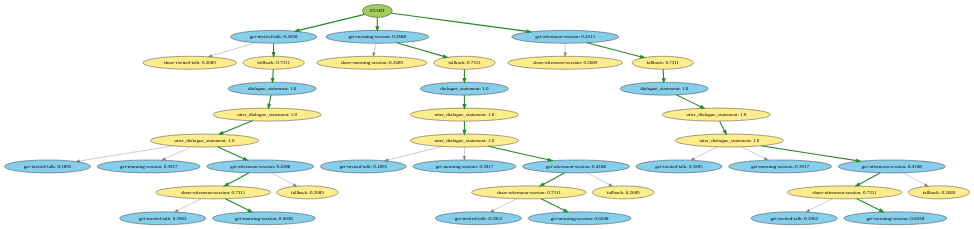
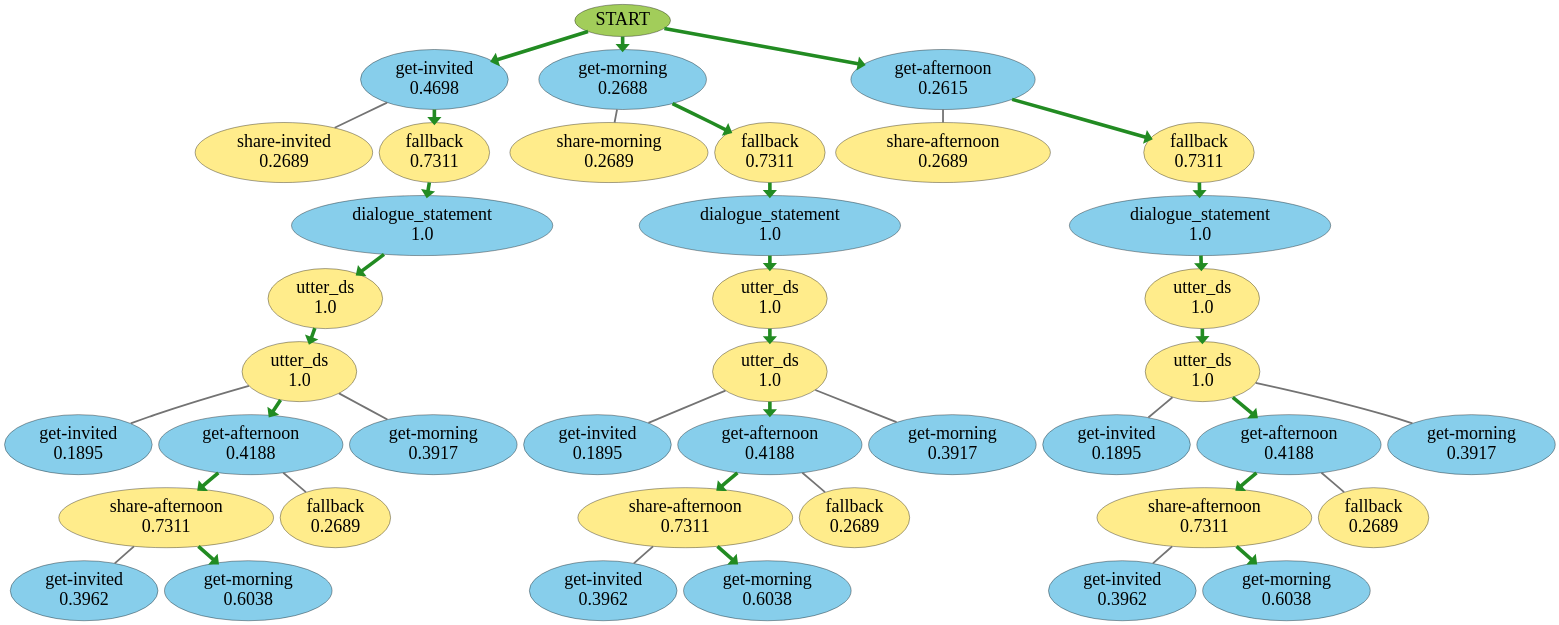
The diagram in icaps_crash.gv (IBM/contingent-plan-executor), drawn with Graphviz before and after one commit. The commit also changed 9 other files, not shown here.

Commit message:
update utter_dialogue_statement to utter_ds

```diff
--- a/icaps_crash.gv
+++ b/icaps_crash.gv
@@ -1,105 +1,144 @@
 strict digraph {
-	0 [label=START fillcolor=darkolivegreen3 style=filled]
-	1 [label="get-invited-talk: 0.4698" fillcolor=skyblue style=filled]
-	0 -> 1 [color=forestgreen penwidth=3.0 style=dashed]
-	2 [label="get-morning-session: 0.2688" fillcolor=skyblue style=filled]
-	0 -> 2 [color=forestgreen penwidth=3.0 style=dashed]
-	3 [label="get-afternoon-session: 0.2615" fillcolor=skyblue style=filled]
-	0 -> 3 [color=forestgreen penwidth=3.0 style=dashed]
-	4 [label="share-invited-talk: 0.2689" fillcolor=lightgoldenrod1 style=filled]
-	1 -> 4 [color=grey45 penwidth=1.0 style=solid]
-	5 [label="fallback: 0.7311" fillcolor=lightgoldenrod1 style=filled]
-	1 -> 5 [color=forestgreen penwidth=3.0 style=dashed]
-	6 [label="share-morning-session: 0.2689" fillcolor=lightgoldenrod1 style=filled]
-	2 -> 6 [color=grey45 penwidth=1.0 style=solid]
-	7 [label="fallback: 0.7311" fillcolor=lightgoldenrod1 style=filled]
-	2 -> 7 [color=forestgreen penwidth=3.0 style=dashed]
-	8 [label="share-afternoon-session: 0.2689" fillcolor=lightgoldenrod1 style=filled]
-	3 -> 8 [color=grey45 penwidth=1.0 style=solid]
-	9 [label="fallback: 0.7311" fillcolor=lightgoldenrod1 style=filled]
-	3 -> 9 [color=forestgreen penwidth=3.0 style=dashed]
-	10 [label="dialogue_statement: 1.0" fillcolor=skyblue style=filled]
-	5 -> 10 [color=forestgreen penwidth=3.0 style=dashed]
-	11 [label="dialogue_statement: 1.0" fillcolor=skyblue style=filled]
-	7 -> 11 [color=forestgreen penwidth=3.0 style=dashed]
-	12 [label="dialogue_statement: 1.0" fillcolor=skyblue style=filled]
-	9 -> 12 [color=forestgreen penwidth=3.0 style=dashed]
-	13 [label="utter_dialogue_statement: 1.0" fillcolor=lightgoldenrod1 style=filled]
-	10 -> 13 [color=forestgreen penwidth=3.0 style=dashed]
-	14 [label="utter_dialogue_statement: 1.0" fillcolor=lightgoldenrod1 style=filled]
-	11 -> 14 [color=forestgreen penwidth=3.0 style=dashed]
-	15 [label="utter_dialogue_statement: 1.0" fillcolor=lightgoldenrod1 style=filled]
-	12 -> 15 [color=forestgreen penwidth=3.0 style=dashed]
-	16 [label="utter_dialogue_statement: 1.0" fillcolor=lightgoldenrod1 style=filled]
-	13 -> 16 [color=forestgreen penwidth=3.0 style=dashed]
-	17 [label="utter_dialogue_statement: 1.0" fillcolor=lightgoldenrod1 style=filled]
-	14 -> 17 [color=forestgreen penwidth=3.0 style=dashed]
-	18 [label="utter_dialogue_statement: 1.0" fillcolor=lightgoldenrod1 style=filled]
-	15 -> 18 [color=forestgreen penwidth=3.0 style=dashed]
-	19 [label="get-invited-talk: 0.1895" fillcolor=skyblue style=filled]
-	16 -> 19 [color=grey45 penwidth=1.0 style=solid]
-	20 [label="get-morning-session: 0.3917" fillcolor=skyblue style=filled]
-	16 -> 20 [color=grey45 penwidth=1.0 style=solid]
-	21 [label="get-afternoon-session: 0.4188" fillcolor=skyblue style=filled]
-	16 -> 21 [color=forestgreen penwidth=3.0 style=dashed]
-	22 [label="get-invited-talk: 0.1895" fillcolor=skyblue style=filled]
-	17 -> 22 [color=grey45 penwidth=1.0 style=solid]
-	23 [label="get-morning-session: 0.3917" fillcolor=skyblue style=filled]
-	17 -> 23 [color=grey45 penwidth=1.0 style=solid]
-	24 [label="get-afternoon-session: 0.4188" fillcolor=skyblue style=filled]
-	17 -> 24 [color=forestgreen penwidth=3.0 style=dashed]
-	25 [label="get-invited-talk: 0.1895" fillcolor=skyblue style=filled]
-	18 -> 25 [color=grey45 penwidth=1.0 style=solid]
-	26 [label="get-morning-session: 0.3917" fillcolor=skyblue style=filled]
-	18 -> 26 [color=grey45 penwidth=1.0 style=solid]
-	27 [label="get-afternoon-session: 0.4188" fillcolor=skyblue style=filled]
-	18 -> 27 [color=forestgreen penwidth=3.0 style=dashed]
-	28 [label="share-afternoon-session: 0.7311" fillcolor=lightgoldenrod1 style=filled]
-	21 -> 28 [color=forestgreen penwidth=3.0 style=dashed]
-	29 [label="fallback: 0.2689" fillcolor=lightgoldenrod1 style=filled]
-	21 -> 29 [color=grey45 penwidth=1.0 style=solid]
-	30 [label="share-afternoon-session: 0.7311" fillcolor=lightgoldenrod1 style=filled]
-	24 -> 30 [color=forestgreen penwidth=3.0 style=dashed]
-	31 [label="fallback: 0.2689" fillcolor=lightgoldenrod1 style=filled]
-	24 -> 31 [color=grey45 penwidth=1.0 style=solid]
-	32 [label="share-afternoon-session: 0.7311" fillcolor=lightgoldenrod1 style=filled]
-	27 -> 32 [color=forestgreen penwidth=3.0 style=dashed]
-	33 [label="fallback: 0.2689" fillcolor=lightgoldenrod1 style=filled]
-	27 -> 33 [color=grey45 penwidth=1.0 style=solid]
-	34 [label="get-invited-talk: 0.3962" fillcolor=skyblue style=filled]
-	28 -> 34 [color=grey45 penwidth=1.0 style=solid]
-	35 [label="get-morning-session: 0.6038" fillcolor=skyblue style=filled]
-	28 -> 35 [color=forestgreen penwidth=3.0 style=dashed]
-	36 [label="get-invited-talk: 0.3962" fillcolor=skyblue style=filled]
-	30 -> 36 [color=grey45 penwidth=1.0 style=solid]
-	37 [label="get-morning-session: 0.6038" fillcolor=skyblue style=filled]
-	30 -> 37 [color=forestgreen penwidth=3.0 style=dashed]
-	38 [label="get-invited-talk: 0.3962" fillcolor=skyblue style=filled]
-	32 -> 38 [color=grey45 penwidth=1.0 style=solid]
-	39 [label="get-morning-session: 0.6038" fillcolor=skyblue style=filled]
-	32 -> 39 [color=forestgreen penwidth=3.0 style=dashed]
-	0 -> 1 [style=solid]
-	1 -> 5 [style=solid]
-	5 -> 10 [style=solid]
-	10 -> 13 [style=solid]
-	13 -> 16 [style=solid]
-	16 -> 21 [style=solid]
-	21 -> 28 [style=solid]
-	28 -> 35 [style=solid]
-	0 -> 2 [style=solid]
-	2 -> 7 [style=solid]
-	7 -> 11 [style=solid]
-	11 -> 14 [style=solid]
-	14 -> 17 [style=solid]
-	17 -> 24 [style=solid]
-	24 -> 30 [style=solid]
-	30 -> 37 [style=solid]
-	0 -> 3 [style=solid]
-	3 -> 9 [style=solid]
-	9 -> 12 [style=solid]
-	12 -> 15 [style=solid]
-	15 -> 18 [style=solid]
-	18 -> 27 [style=solid]
-	27 -> 32 [style=solid]
-	32 -> 39 [style=solid]
+	0 [label=START fillcolor=darkolivegreen3 fontsize=50 style=filled]
+	1 [label="get-invited
+0.4698" fillcolor=skyblue fontsize=50 style=filled]
+	0 -> 1 [arrowhead=normal color=purple penwidth=10.0]
+	2 [label="get-morning
+0.2688" fillcolor=skyblue fontsize=50 style=filled]
+	0 -> 2 [arrowhead=normal color=purple penwidth=10.0]
+	3 [label="get-afternoon
+0.2615" fillcolor=skyblue fontsize=50 style=filled]
+	0 -> 3 [arrowhead=normal color=purple penwidth=10.0]
+	4 [label="share-invited
+0.2689" fillcolor=lightgoldenrod1 fontsize=50 style=filled]
+	1 -> 4 [arrowhead=none color=grey45 penwidth=5.0]
+	5 [label="fallback
+0.7311" fillcolor=lightgoldenrod1 fontsize=50 style=filled]
+	1 -> 5 [arrowhead=normal color=purple penwidth=10.0]
+	6 [label="share-morning
+0.2689" fillcolor=lightgoldenrod1 fontsize=50 style=filled]
+	2 -> 6 [arrowhead=none color=grey45 penwidth=5.0]
+	7 [label="fallback
+0.7311" fillcolor=lightgoldenrod1 fontsize=50 style=filled]
+	2 -> 7 [arrowhead=normal color=purple penwidth=10.0]
+	8 [label="share-afternoon
+0.2689" fillcolor=lightgoldenrod1 fontsize=50 style=filled]
+	3 -> 8 [arrowhead=none color=grey45 penwidth=5.0]
+	9 [label="fallback
+0.7311" fillcolor=lightgoldenrod1 fontsize=50 style=filled]
+	3 -> 9 [arrowhead=normal color=purple penwidth=10.0]
+	10 [label="dialogue_statement
+1.0" fillcolor=skyblue fontsize=50 style=filled]
+	5 -> 10 [arrowhead=normal color=purple penwidth=10.0]
+	11 [label="dialogue_statement
+1.0" fillcolor=skyblue fontsize=50 style=filled]
+	7 -> 11 [arrowhead=normal color=purple penwidth=10.0]
+	12 [label="dialogue_statement
+1.0" fillcolor=skyblue fontsize=50 style=filled]
+	9 -> 12 [arrowhead=normal color=purple penwidth=10.0]
+	13 [label="utter_ds
+1.0" fillcolor=lightgoldenrod1 fontsize=50 style=filled]
+	10 -> 13 [arrowhead=normal color=purple penwidth=10.0]
+	14 [label="utter_ds
+1.0" fillcolor=lightgoldenrod1 fontsize=50 style=filled]
+	11 -> 14 [arrowhead=normal color=purple penwidth=10.0]
+	15 [label="utter_ds
+1.0" fillcolor=lightgoldenrod1 fontsize=50 style=filled]
+	12 -> 15 [arrowhead=normal color=purple penwidth=10.0]
+	16 [label="utter_ds
+1.0" fillcolor=lightgoldenrod1 fontsize=50 style=filled]
+	13 -> 16 [arrowhead=normal color=purple penwidth=10.0]
+	17 [label="utter_ds
+1.0" fillcolor=lightgoldenrod1 fontsize=50 style=filled]
+	14 -> 17 [arrowhead=normal color=purple penwidth=10.0]
+	18 [label="utter_ds
+1.0" fillcolor=lightgoldenrod1 fontsize=50 style=filled]
+	15 -> 18 [arrowhead=normal color=purple penwidth=10.0]
+	19 [label="get-invited
+0.1895" fillcolor=skyblue fontsize=50 style=filled]
+	16 -> 19 [arrowhead=none color=grey45 penwidth=5.0]
+	20 [label="get-afternoon
+0.4188" fillcolor=skyblue fontsize=50 style=filled]
+	16 -> 20 [arrowhead=normal color=purple penwidth=10.0]
+	21 [label="get-morning
+0.3917" fillcolor=skyblue fontsize=50 style=filled]
+	16 -> 21 [arrowhead=none color=grey45 penwidth=5.0]
+	22 [label="get-invited
+0.1895" fillcolor=skyblue fontsize=50 style=filled]
+	17 -> 22 [arrowhead=none color=grey45 penwidth=5.0]
+	23 [label="get-afternoon
+0.4188" fillcolor=skyblue fontsize=50 style=filled]
+	17 -> 23 [arrowhead=normal color=purple penwidth=10.0]
+	24 [label="get-morning
+0.3917" fillcolor=skyblue fontsize=50 style=filled]
+	17 -> 24 [arrowhead=none color=grey45 penwidth=5.0]
+	25 [label="get-invited
+0.1895" fillcolor=skyblue fontsize=50 style=filled]
+	18 -> 25 [arrowhead=none color=grey45 penwidth=5.0]
+	26 [label="get-afternoon
+0.4188" fillcolor=skyblue fontsize=50 style=filled]
+	18 -> 26 [arrowhead=normal color=purple penwidth=10.0]
+	27 [label="get-morning
+0.3917" fillcolor=skyblue fontsize=50 style=filled]
+	18 -> 27 [arrowhead=none color=grey45 penwidth=5.0]
+	28 [label="share-afternoon
+0.7311" fillcolor=lightgoldenrod1 fontsize=50 style=filled]
+	20 -> 28 [arrowhead=normal color=purple penwidth=10.0]
+	29 [label="fallback
+0.2689" fillcolor=lightgoldenrod1 fontsize=50 style=filled]
+	20 -> 29 [arrowhead=none color=grey45 penwidth=5.0]
+	30 [label="share-afternoon
+0.7311" fillcolor=lightgoldenrod1 fontsize=50 style=filled]
+	23 -> 30 [arrowhead=normal color=purple penwidth=10.0]
+	31 [label="fallback
+0.2689" fillcolor=lightgoldenrod1 fontsize=50 style=filled]
+	23 -> 31 [arrowhead=none color=grey45 penwidth=5.0]
+	32 [label="share-afternoon
+0.7311" fillcolor=lightgoldenrod1 fontsize=50 style=filled]
+	26 -> 32 [arrowhead=normal color=purple penwidth=10.0]
+	33 [label="fallback
+0.2689" fillcolor=lightgoldenrod1 fontsize=50 style=filled]
+	26 -> 33 [arrowhead=none color=grey45 penwidth=5.0]
+	34 [label="get-invited
+0.3962" fillcolor=skyblue fontsize=50 style=filled]
+	28 -> 34 [arrowhead=none color=grey45 penwidth=5.0]
+	35 [label="get-morning
+0.6038" fillcolor=skyblue fontsize=50 style=filled]
+	28 -> 35 [arrowhead=normal color=purple penwidth=10.0]
+	36 [label="get-invited
+0.3962" fillcolor=skyblue fontsize=50 style=filled]
+	30 -> 36 [arrowhead=none color=grey45 penwidth=5.0]
+	37 [label="get-morning
+0.6038" fillcolor=skyblue fontsize=50 style=filled]
+	30 -> 37 [arrowhead=normal color=purple penwidth=10.0]
+	38 [label="get-invited
+0.3962" fillcolor=skyblue fontsize=50 style=filled]
+	32 -> 38 [arrowhead=none color=grey45 penwidth=5.0]
+	39 [label="get-morning
+0.6038" fillcolor=skyblue fontsize=50 style=filled]
+	32 -> 39 [arrowhead=normal color=purple penwidth=10.0]
+	0 -> 1 [arrowhead=normal color=forestgreen penwidth=10.0]
+	1 -> 5 [arrowhead=normal color=forestgreen penwidth=10.0]
+	5 -> 10 [arrowhead=normal color=forestgreen penwidth=10.0]
+	10 -> 13 [arrowhead=normal color=forestgreen penwidth=10.0]
+	13 -> 16 [arrowhead=normal color=forestgreen penwidth=10.0]
+	16 -> 20 [arrowhead=normal color=forestgreen penwidth=10.0]
+	20 -> 28 [arrowhead=normal color=forestgreen penwidth=10.0]
+	28 -> 35 [arrowhead=normal color=forestgreen penwidth=10.0]
+	0 -> 2 [arrowhead=normal color=forestgreen penwidth=10.0]
+	2 -> 7 [arrowhead=normal color=forestgreen penwidth=10.0]
+	7 -> 11 [arrowhead=normal color=forestgreen penwidth=10.0]
+	11 -> 14 [arrowhead=normal color=forestgreen penwidth=10.0]
+	14 -> 17 [arrowhead=normal color=forestgreen penwidth=10.0]
+	17 -> 23 [arrowhead=normal color=forestgreen penwidth=10.0]
+	23 -> 30 [arrowhead=normal color=forestgreen penwidth=10.0]
+	30 -> 37 [arrowhead=normal color=forestgreen penwidth=10.0]
+	0 -> 3 [arrowhead=normal color=forestgreen penwidth=10.0]
+	3 -> 9 [arrowhead=normal color=forestgreen penwidth=10.0]
+	9 -> 12 [arrowhead=normal color=forestgreen penwidth=10.0]
+	12 -> 15 [arrowhead=normal color=forestgreen penwidth=10.0]
+	15 -> 18 [arrowhead=normal color=forestgreen penwidth=10.0]
+	18 -> 26 [arrowhead=normal color=forestgreen penwidth=10.0]
+	26 -> 32 [arrowhead=normal color=forestgreen penwidth=10.0]
+	32 -> 39 [arrowhead=normal color=forestgreen penwidth=10.0]
 }
```
